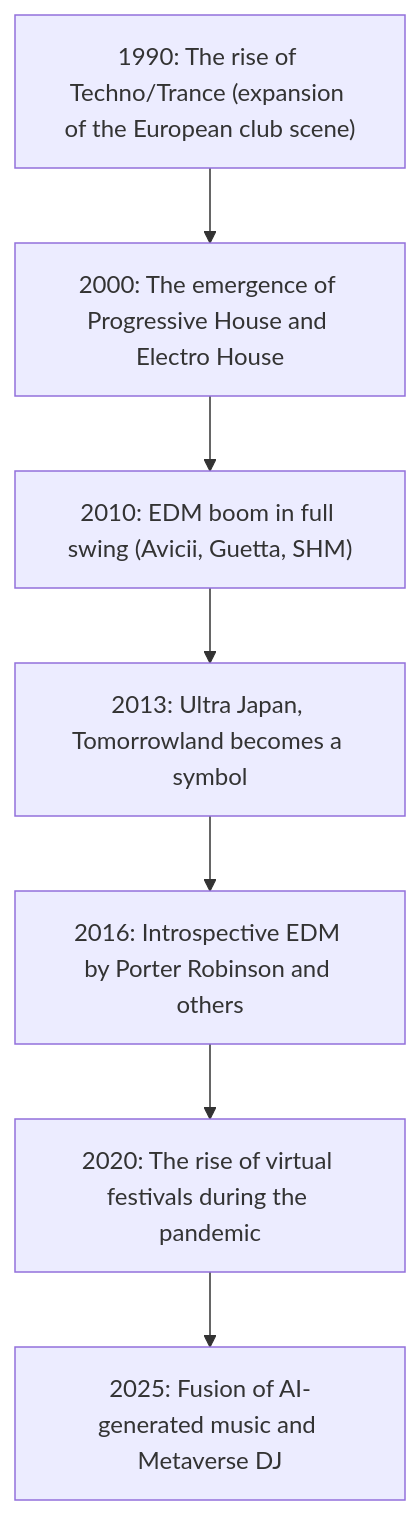
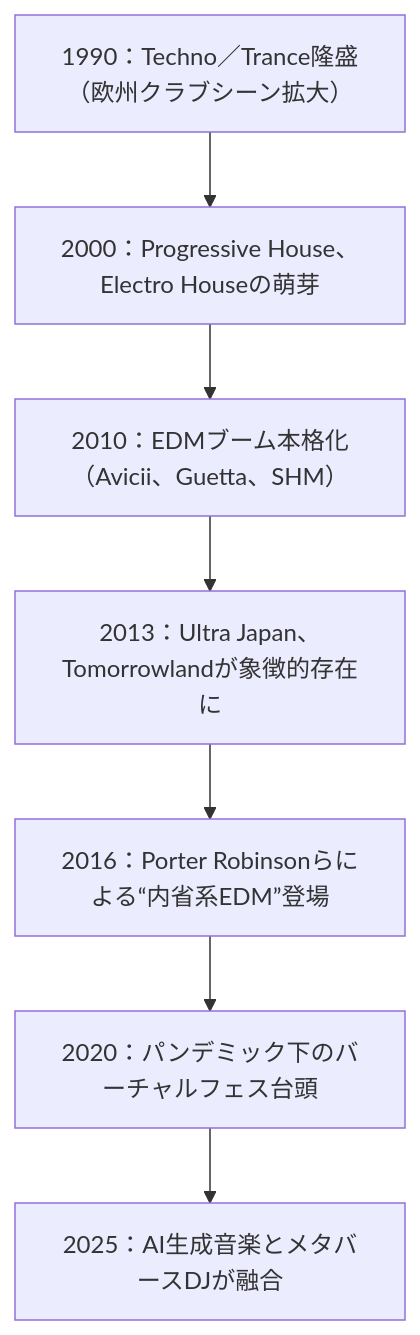
The diagram in en/_posts/2025-10-12-Column-EDM.md (monumental-movement/monumental-movement.github.io), drawn with Mermaid before and after one commit. The commit also changed other lines of this file and 775 other files, not shown here.

```diff
--- a/en/_posts/2025-10-12-Column-EDM.md
+++ b/en/_posts/2025-10-12-Column-EDM.md
@@ -188,16 +188,16 @@
 <div class="mermaid">
 
 flowchart TD
-    A1990["1990: The rise of Techno/Trance (expansion of the European club scene)"]
-    A2000["2000: The emergence of Progressive House and Electro House"]
-    A2010["2010: EDM boom in full swing (Avicii, Guetta, SHM)"]
-    A2013["2013: Ultra Japan, Tomorrowland becomes a symbol"]
-    A2016["2016: Introspective EDM by Porter Robinson and others"]
-    A2020["2020: The rise of virtual festivals during the pandemic"]
-    A2025["2025: Fusion of AI-generated music and Metaverse DJ"]
+    A1990["1990：Techno／Trance隆盛（欧州クラブシーン拡大）"]
+    A2000["2000：Progressive House、Electro Houseの萌芽"]
+    A2010["2010：EDMブーム本格化（Avicii、Guetta、SHM）"]
+    A2013["2013：Ultra Japan、Tomorrowlandが象徴的存在に"]
+    A2016["2016：Porter Robinsonらによる“内省系EDM”登場"]
+    A2020["2020：パンデミック下のバーチャルフェス台頭"]
+    A2025["2025：AI生成音楽とメタバースDJが融合"]
 
     A1990 --> A2000 --> A2010 --> A2013 --> A2016 --> A2020 --> A2025
 
 
 
 </div>
```
